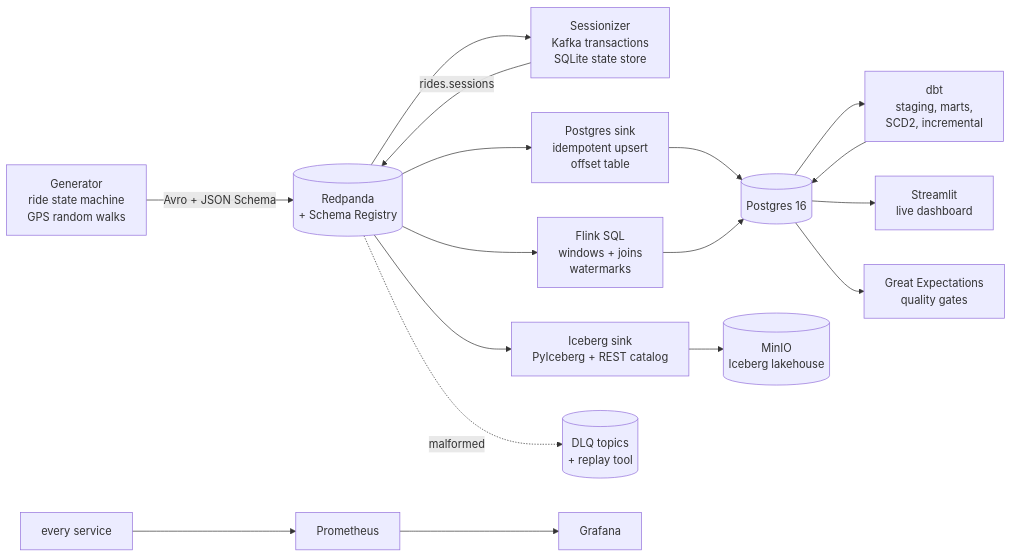
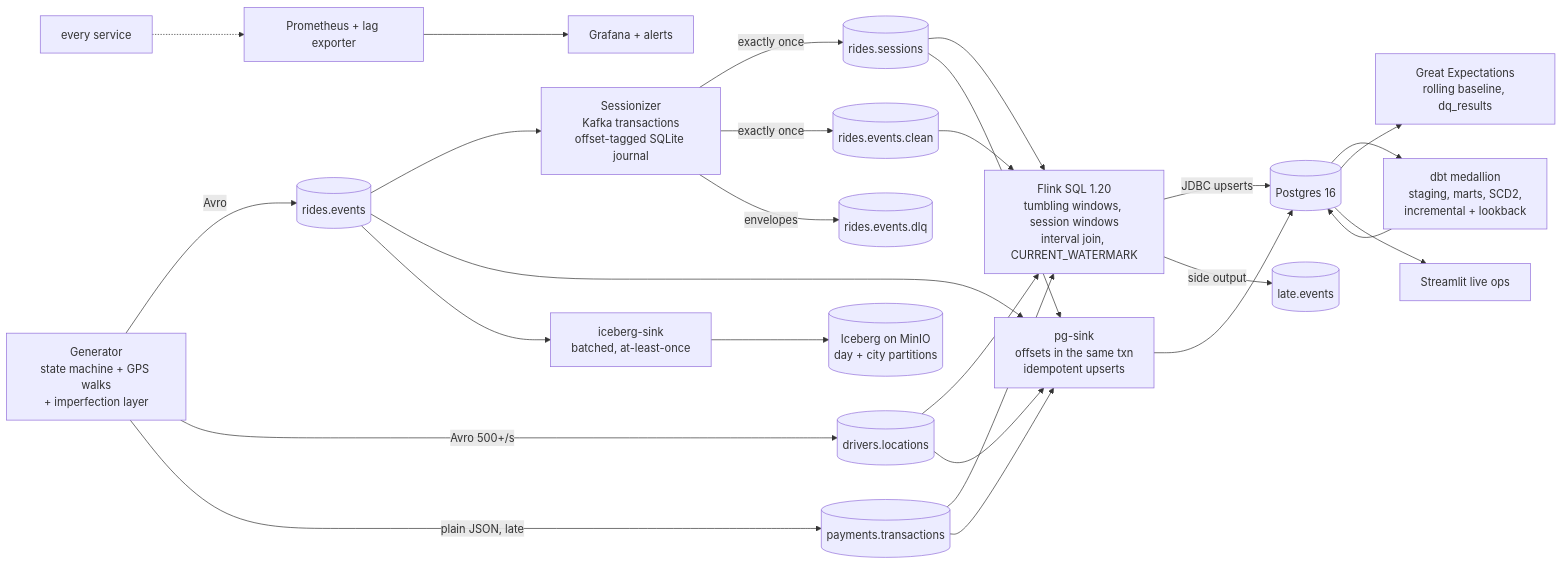
Before and after one commit to akriti-adarsh/Stream-Pipeline: the diagram in README.md, drawn with Mermaid. The commit also changed other lines of this file and 8 other files, not shown here.

````diff
--- a/README.md
+++ b/README.md
@@ -32,18 +68,28 @@
 ```mermaid
 flowchart LR
-    GEN[Generator\nride state machine\nGPS random walks] -->|Avro + JSON Schema| RP[(Redpanda\n+ Schema Registry)]
-    RP --> SES[Sessionizer\nKafka transactions\nSQLite state store]
-    SES -->|rides.sessions| RP
-    RP --> SINK[Postgres sink\nidempotent upsert\noffset table]
-    RP --> FLINK[Flink SQL\nwindows + joins\nwatermarks]
-    RP --> ICE[Iceberg sink\nPyIceberg + REST catalog]
-    SINK --> PG[(Postgres 16)]
-    FLINK --> PG
-    ICE --> MINIO[(MinIO\nIceberg lakehouse)]
-    PG --> DBT[dbt\nstaging, marts,\nSCD2, incremental]
+    GEN[Generator\nstate machine + GPS walks\n+ imperfection layer] -->|Avro| RE[(rides.events)]
+    GEN -->|Avro 500+/s| DL[(drivers.locations)]
+    GEN -->|plain JSON, late| PT[(payments.transactions)]
+    RE --> SES[Sessionizer\nKafka transactions\noffset-tagged SQLite journal]
+    SES -->|exactly once| RS[(rides.sessions)]
+    SES -->|exactly once| REC[(rides.events.clean)]
+    SES -->|envelopes| DLQ[(rides.events.dlq)]
+    REC --> FLINK[Flink SQL 1.20\ntumbling windows, session windows\ninterval join, CURRENT_WATERMARK]
+    RS --> FLINK
+    PT --> FLINK
+    DL --> FLINK
+    FLINK -->|JDBC upserts| PG[(Postgres 16)]
+    FLINK -->|side output| LATE[(late.events)]
+    RE --> PSINK[pg-sink\noffsets in the same txn\nidempotent upserts]
+    RS --> PSINK
+    PT --> PSINK
+    DL --> PSINK
+    PSINK --> PG
+    RE --> ISINK[iceberg-sink\nbatched, at-least-once]
+    ISINK --> ICE[(Iceberg on MinIO\nday + city partitions)]
+    PG --> DBT[dbt medallion\nstaging, marts, SCD2,\nincremental + lookback]
     DBT --> PG
-    PG --> UI[Streamlit\nlive dashboard]
-    RP -.->|malformed| DLQ[(DLQ topics\n+ replay tool)]
-    PG --> GE[Great Expectations\nquality gates]
-    ALL[every service] --> PROM[Prometheus] --> GRAF[Grafana]
+    PG --> GE[Great Expectations\nrolling baseline, dq_results]
+    PG --> UI[Streamlit live ops]
+    ALL[every service] -.-> PROM[Prometheus + lag exporter] --> GRAF[Grafana + alerts]
 ```
````
